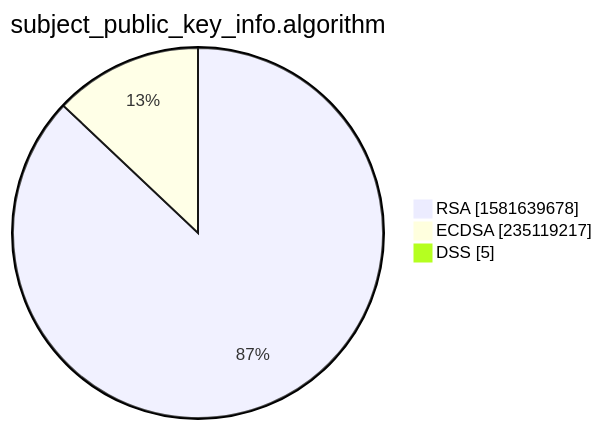
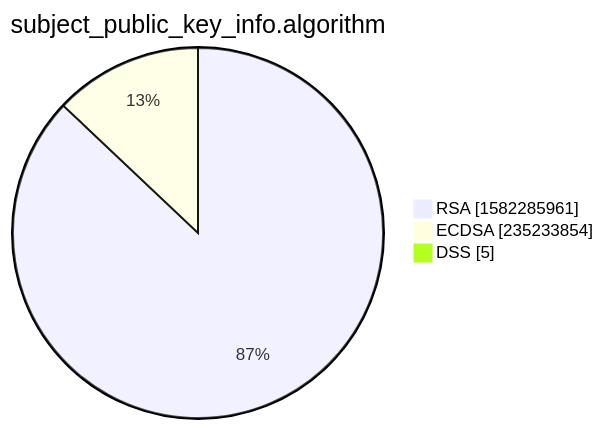
One commit to christiankrug/ctmonitor_visualization changed the third of 15 diagrams in xenon2022/README.md. Above: the diagram before and after it, drawn with Mermaid. The commit also changed other lines of this file, not shown here.

````diff
--- a/xenon2022/README.md
+++ b/xenon2022/README.md
@@ -14,7 +14,7 @@
 ```mermaid
 pie showData
 title subject_public_key_info.algorithm
-"RSA" :1581639678
-"ECDSA" :235119217
+"RSA" :1582285961
+"ECDSA" :235233854
 "DSS" :5
 ```
````
